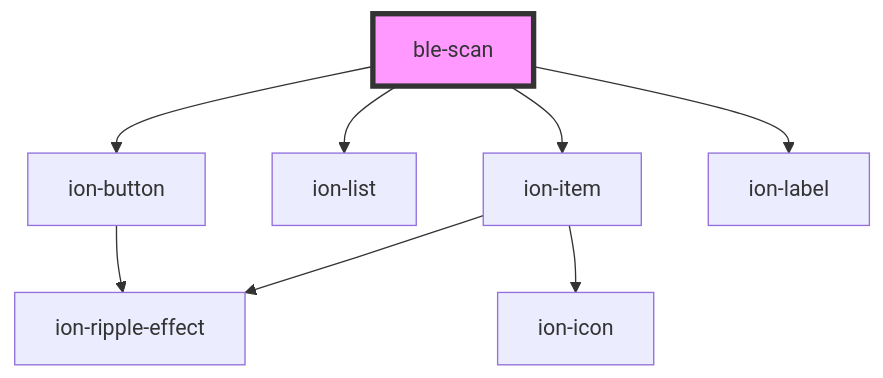
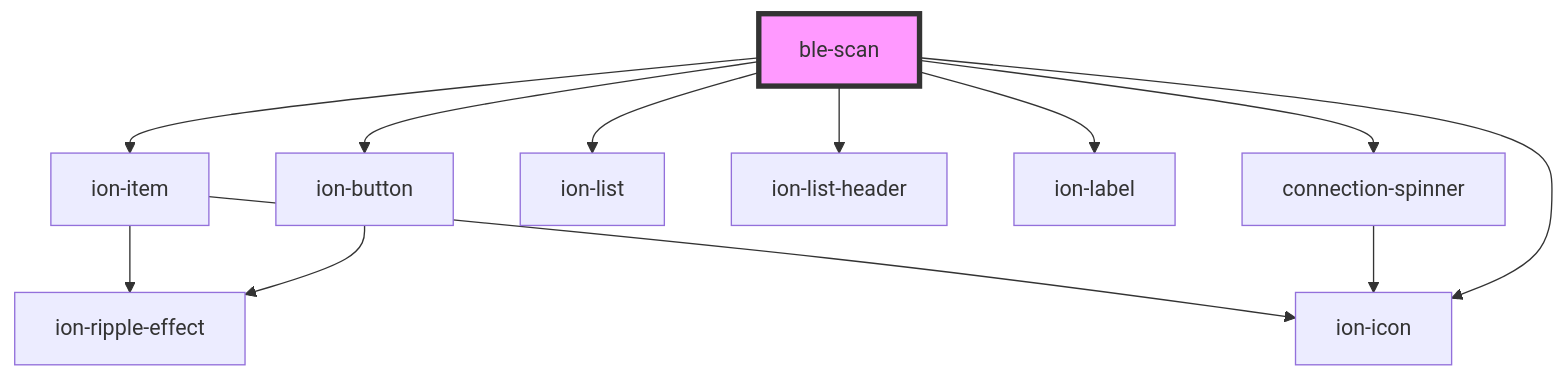
Before and after one commit to hnu-digihealth/sensorframework: the diagram in src/components/ble-scan/readme.md, drawn with Mermaid. The commit also changed other lines of this file and 33 other files, not shown here.

````diff
--- a/src/components/ble-scan/readme.md
+++ b/src/components/ble-scan/readme.md
@@ -25,11 +36,15 @@
 ```mermaid
 graph TD;
   ble-scan --> ion-button
+  ble-scan --> connection-spinner
   ble-scan --> ion-list
+  ble-scan --> ion-list-header
+  ble-scan --> ion-label
   ble-scan --> ion-item
-  ble-scan --> ion-label
+  ble-scan --> ion-icon
   ion-button --> ion-ripple-effect
+  connection-spinner --> ion-icon
   ion-item --> ion-icon
   ion-item --> ion-ripple-effect
   style ble-scan fill:#f9f,stroke:#333,stroke-width:4px
 ```
````
